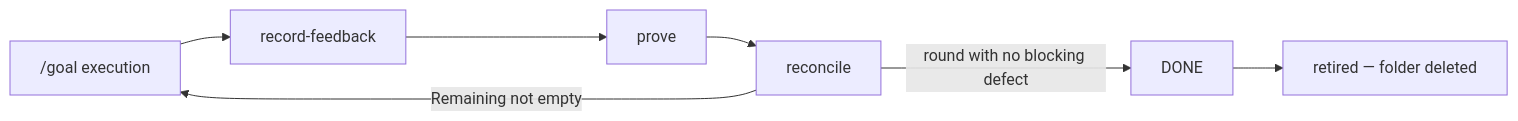
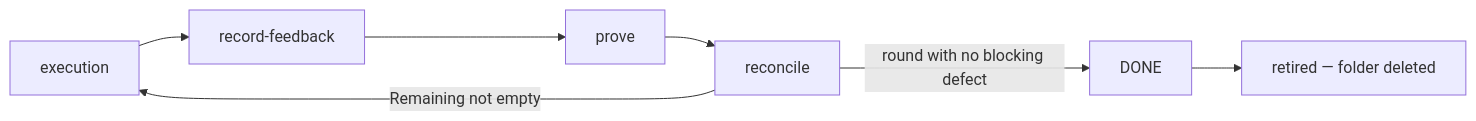
The diagram in docs/content/docs/delivery/macos-app.mdx (tailrocks/tailrocks-skills), drawn with Mermaid before and after one commit. The commit also changed other lines of this file and 36 other files, not shown here.

````diff
--- a/docs/content/docs/delivery/macos-app.mdx
+++ b/docs/content/docs/delivery/macos-app.mdx
@@ -452,6 +452,6 @@
 ```mermaid
 flowchart LR
-  exec["/goal execution"] --> feedback["record-feedback"] --> prove --> reconcile
+  exec["execution"] --> feedback["record-feedback"] --> prove --> reconcile
   reconcile -->|"Remaining not empty"| exec
   reconcile -->|"round with no blocking defect"| done["DONE"] --> retire["retired — folder deleted"]
 ```
````
